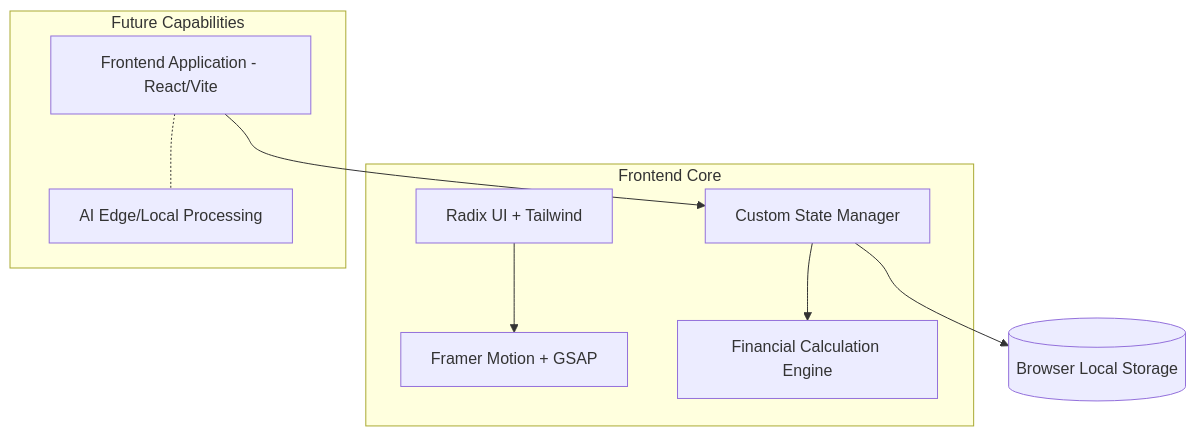
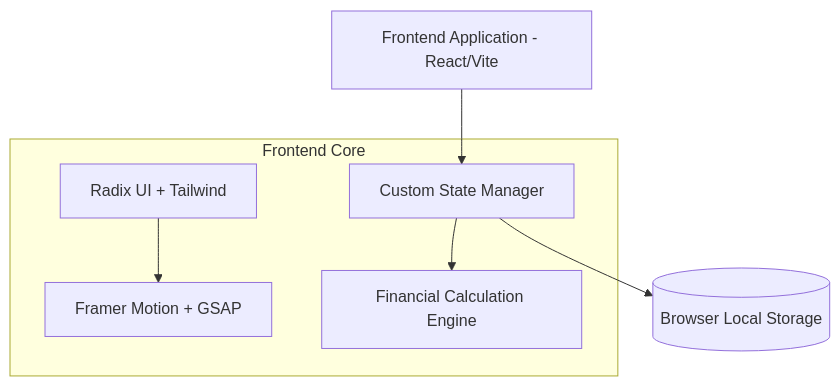
One commit to VARA4u-tech/Samriddhi-Personal-Financial-Management-Platform changed the diagram in README.md. Above: the diagram before and after it, drawn with Mermaid. The commit also changed other lines of this file, not shown here.

````diff
--- a/README.md
+++ b/README.md
@@ -44,14 +63,10 @@
 ```mermaid
 graph TD
     Client[Frontend Application - React/Vite] --> Store[Custom State Manager]
     Store --> LocalStorage[(Browser Local Storage)]
     
     subgraph Frontend Core
     UI[Radix UI + Tailwind] --> Animations[Framer Motion + GSAP]
     Store --> Engine[Financial Calculation Engine]
     end
-    
-    subgraph Future Capabilities
-    Client -.- AI[AI Edge/Local Processing]
-    end
 ```
````
